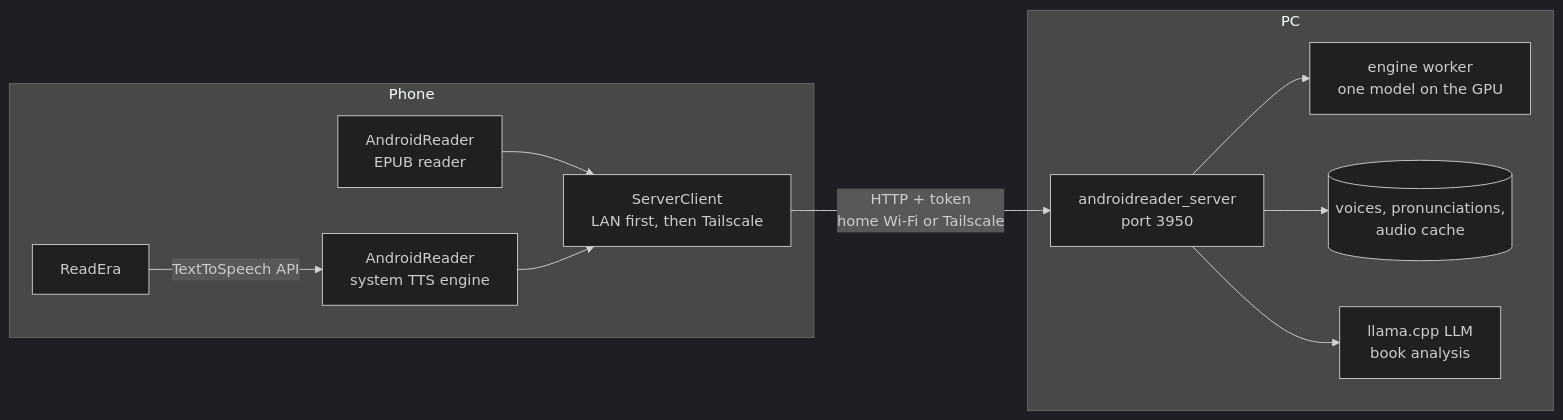
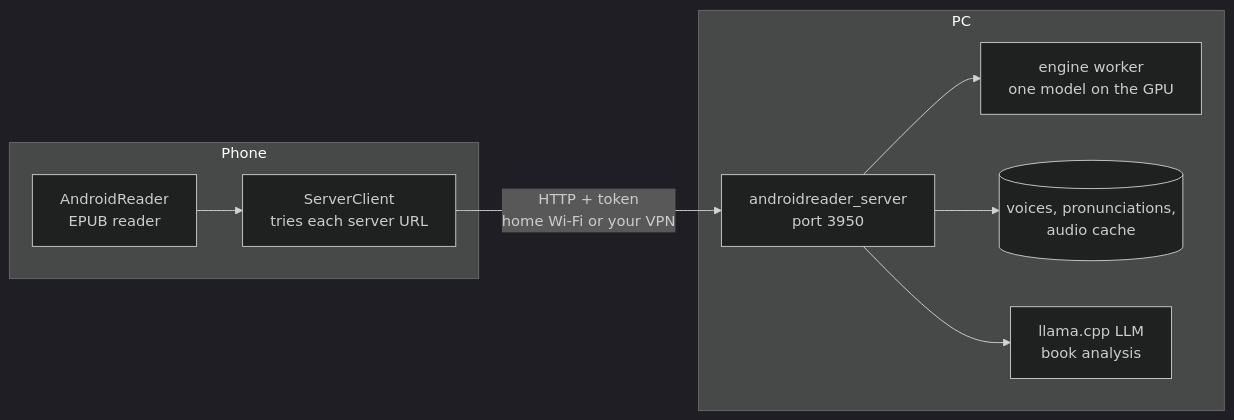
One commit to 0xbad1d3a5/ElvenReader changed the diagram in README.md. Above: the diagram before and after it, drawn with Mermaid (dark theme). The commit also changed other lines of this file and 31 other files, not shown here.

First line of the commit message:
Make AndroidReader standalone: drop the system TTS engine and Tailscale

````diff
--- a/README.md
+++ b/README.md
@@ -14,13 +14,12 @@
 ```mermaid
 flowchart LR
     subgraph Phone
-      R[AndroidReader<br/>EPUB reader] --> C
-      E[ReadEra] -- TextToSpeech API --> T[AndroidReader<br/>system TTS engine] --> C[ServerClient<br/>LAN first, then Tailscale]
+      R[AndroidReader<br/>EPUB reader] --> C[ServerClient<br/>tries each server URL]
     end
-    C -- "HTTP + token<br/>home Wi-Fi or Tailscale" --> S
+    C -- "HTTP + token<br/>home Wi-Fi or your VPN" --> S
     subgraph PC
       S[androidreader_server<br/>port 3950] --> W[engine worker<br/>one model on the GPU]
       S --> V[(voices, pronunciations,<br/>audio cache)]
       S --> L[llama.cpp LLM<br/>book analysis]
     end
 ```
````
